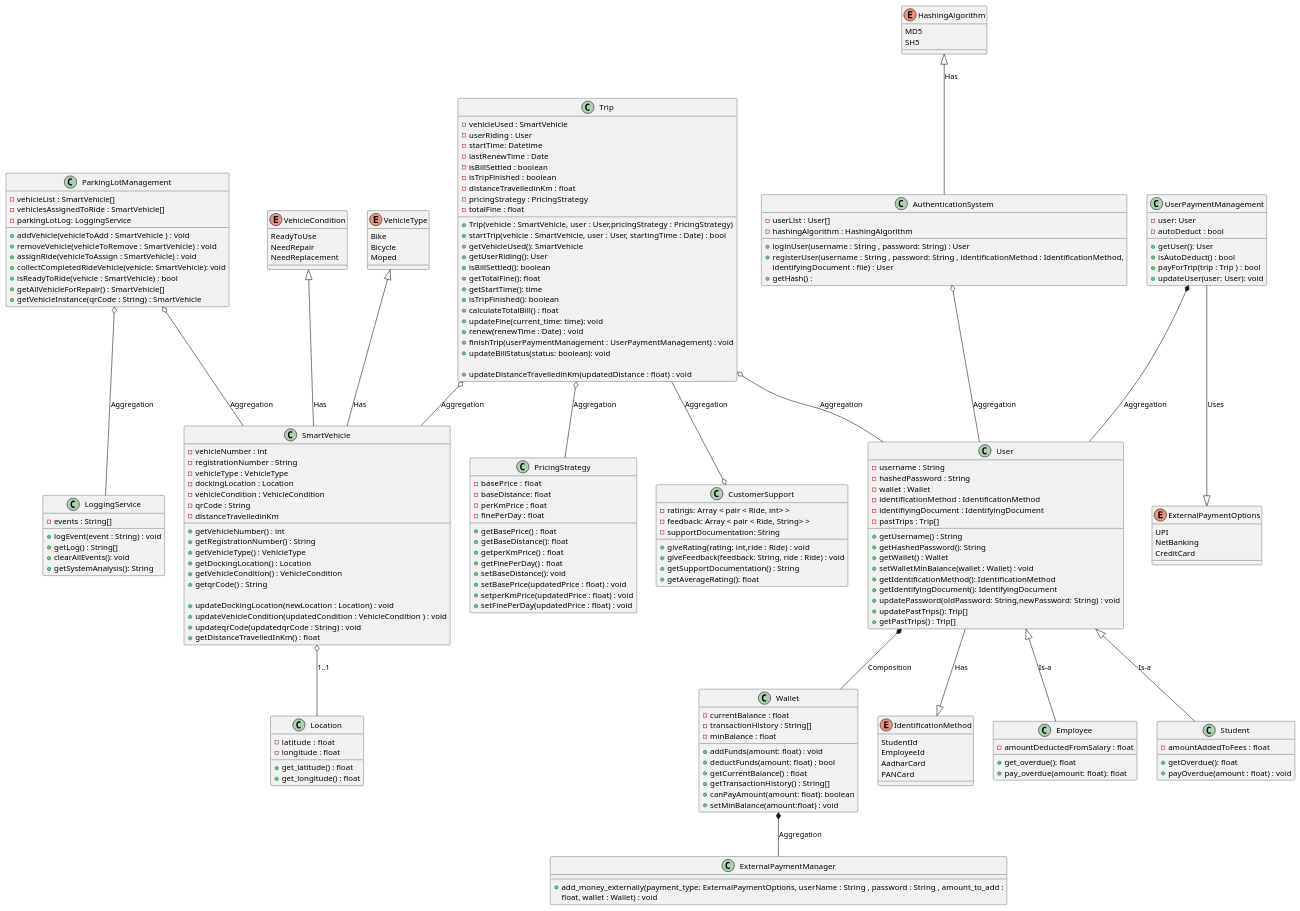
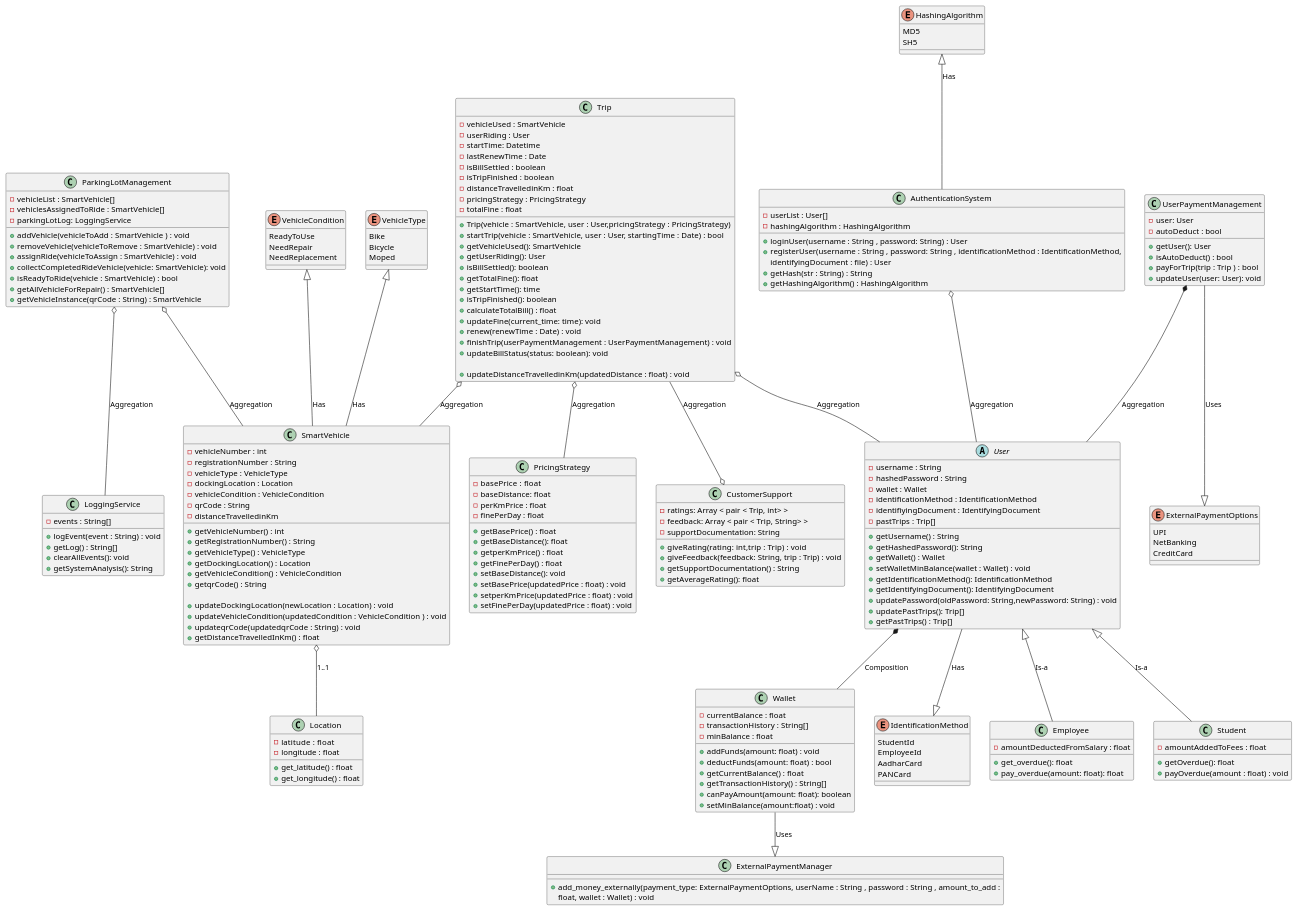
The diagram in class_diagram.puml (zetapii/SoftwareEngineering-Assignment-1), drawn with PlantUML before and after one commit. The commit also changed 1 other file, not shown here.

Commit message:
uml updated

```diff
--- a/class_diagram.puml
+++ b/class_diagram.puml
@@ -110,6 +110,7 @@
     MD5
     SH5
 }
+
 class AuthenticationSystem
 { 
     - userList : User[]
@@ -118,12 +119,11 @@
     + loginUser(username : String , password: String) : User
     + registerUser(username : String , password: String , identificationMethod : IdentificationMethod,
       identifyingDocument : file) : User
-    + getHash() : 
-   '  + getHashingAlgorithm() : HashingAlgorithm
-   '  + setHashingAlgorithm(newAlgorithm: HashingAlgorithm) : void
+    + getHash(str : String) : String 
+    + getHashingAlgorithm() : HashingAlgorithm
 }
 
-class User
+abstract class User
 {
    - username : String
    - hashedPassword : String
@@ -240,11 +240,11 @@
 
 class CustomerSupport
 {
-  - ratings: Array < pair < Ride, int> >              
-  - feedback: Array < pair < Ride, String> >
+  - ratings: Array < pair < Trip, int> >              
+  - feedback: Array < pair < Trip, String> >
   - supportDocumentation: String  
-  + giveRating(rating: int,ride : Ride)  : void 
-  + giveFeedback(feedback: String, ride : Ride) : void
+  + giveRating(rating: int,trip : Trip)  : void 
+  + giveFeedback(feedback: String, trip : Trip) : void
   + getSupportDocumentation() : String
   + getAverageRating(): float
 }
@@ -282,7 +282,7 @@
 UserPaymentManagement --|> ExternalPaymentOptions : Uses
 AuthenticationSystem o-- User: Aggregation
 HashingAlgorithm <|-- AuthenticationSystem : Has
-Wallet *-- ExternalPaymentManager: Aggregation
+Wallet --|> ExternalPaymentManager: Uses
 
 ' User -- SmartVehicle : Association ( Rides )
 @enduml
```
